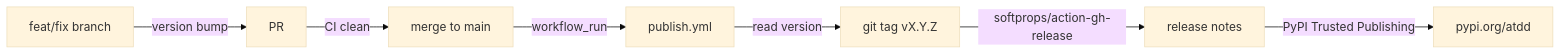
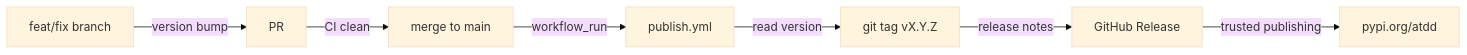
Before and after one commit to afokapu/atdd: the fourth of 4 diagrams in README.md, drawn with Mermaid (base theme). The commit also changed other lines of this file, not shown here.

First line of the commit message:
docs(readme): redefine ATDD as Agentic Train Driven Development

````diff
--- a/README.md
+++ b/README.md
@@ -277,9 +449,9 @@
 ```mermaid
 flowchart LR
     A[feat/fix branch] -->|version bump| B[PR]
     B -->|CI clean| C[merge to main]
     C -->|workflow_run| D[publish.yml]
     D -->|read version| E[git tag vX.Y.Z]
-    E -->|softprops/action-gh-release| F[release notes]
-    F -->|PyPI Trusted Publishing| G[pypi.org/atdd]
+    E -->|release notes| F[GitHub Release]
+    F -->|trusted publishing| G[pypi.org/atdd]
 ```
````
